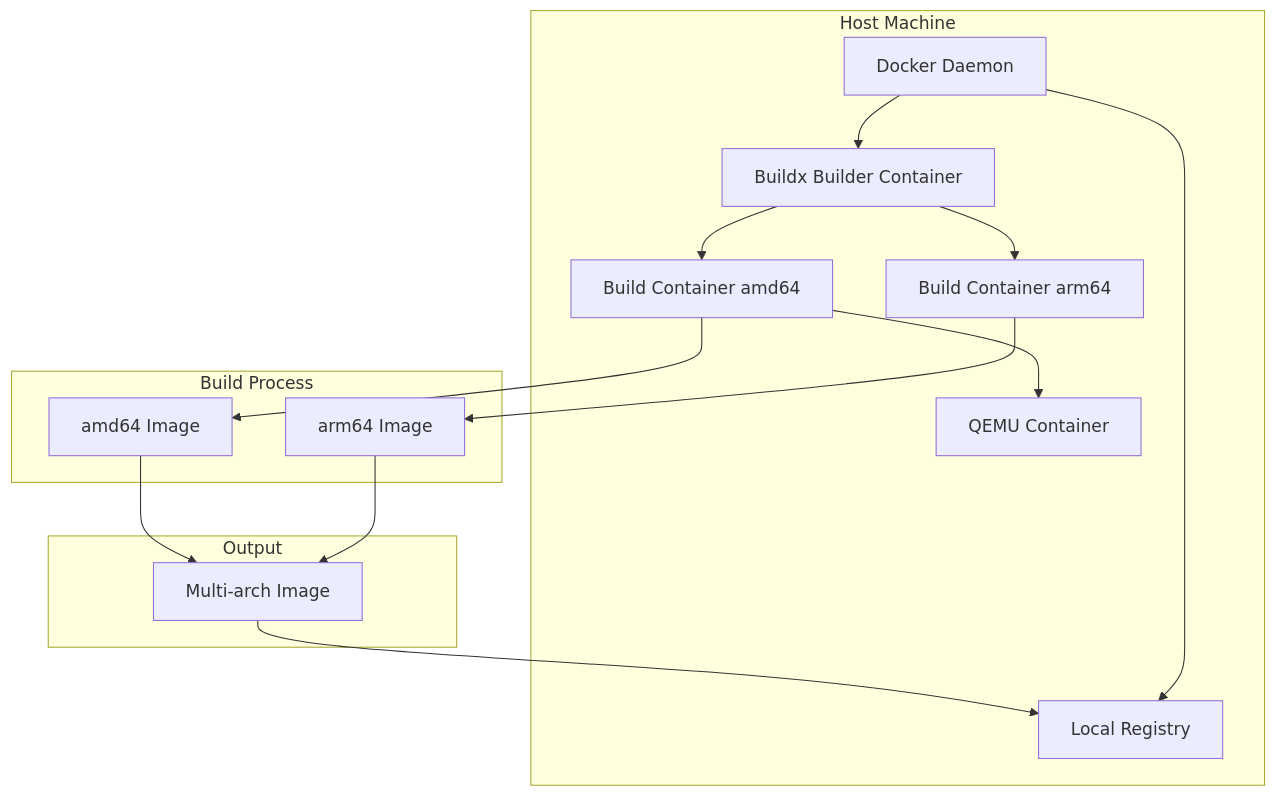
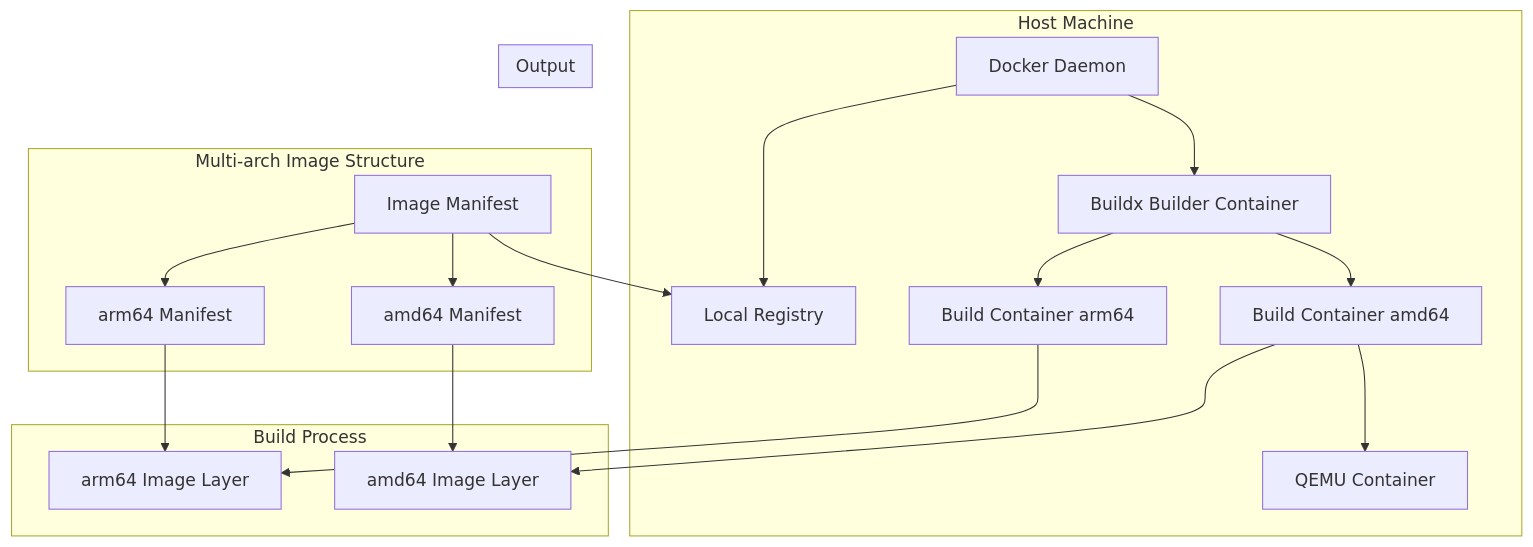
The first of 2 diagrams in docker-buildx-example/README.md (liweinan/k8s-example), drawn with Mermaid before and after one commit. The commit also changed other lines of this file, not shown here.

Commit message:
Add multi-architecture image structure explanation and update diagrams

````diff
--- a/docker-buildx-example/README.md
+++ b/docker-buildx-example/README.md
@@ -7,21 +7,26 @@
 ```mermaid
 graph TD
     subgraph Host Machine
         A[Docker Daemon] --> B[Local Registry]
         A --> C[Buildx Builder Container]
         C --> D[Build Container arm64]
         C --> E[Build Container amd64]
         E --> F[QEMU Container]
     end
     
     subgraph Build Process
-        D --> G[arm64 Image]
-        E --> H[amd64 Image]
+        D --> G[arm64 Image Layer]
+        E --> H[amd64 Image Layer]
+    end
+    
+    subgraph Multi-arch Image Structure
+        I[Image Manifest] --> J[arm64 Manifest]
+        I --> K[amd64 Manifest]
+        J --> G
+        K --> H
     end
     
     subgraph Output
-        G --> I[Multi-arch Image]
-        H --> I
         I --> B
     end
 ```
````
